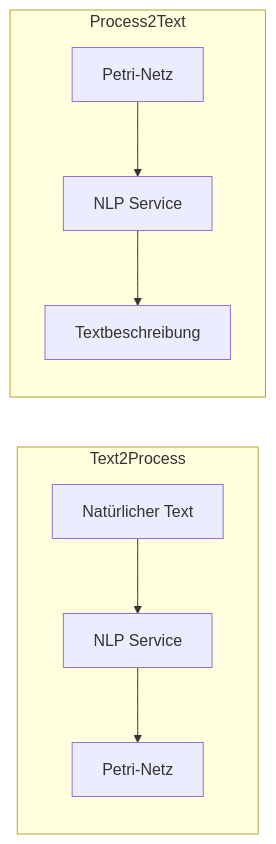
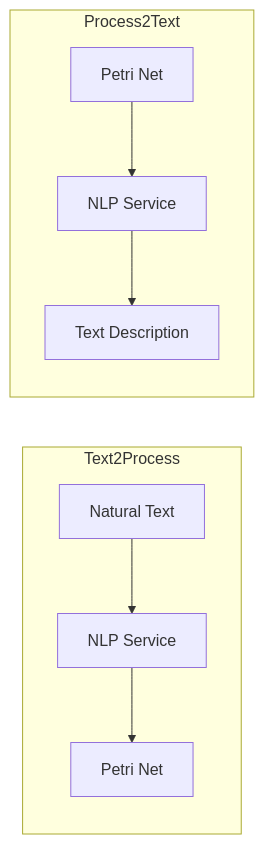
The first of 3 diagrams in docs/migration/10-nlp-integration.md (woped/woped-next), drawn with Mermaid before and after one commit. The commit also changed other lines of this file and 24 other files, not shown here.

````diff
--- a/docs/migration/10-nlp-integration.md
+++ b/docs/migration/10-nlp-integration.md
@@ -7,12 +7,12 @@
 ```mermaid
 graph LR
     subgraph Text2Process
-        TEXT[Natürlicher Text] --> NLP1[NLP Service]
-        NLP1 --> NET1[Petri-Netz]
+        TEXT[Natural Text] --> NLP1[NLP Service]
+        NLP1 --> NET1[Petri Net]
     end
     
     subgraph Process2Text
-        NET2[Petri-Netz] --> NLP2[NLP Service]
-        NLP2 --> DESC[Textbeschreibung]
+        NET2[Petri Net] --> NLP2[NLP Service]
+        NLP2 --> DESC[Text Description]
     end
 ```
````
